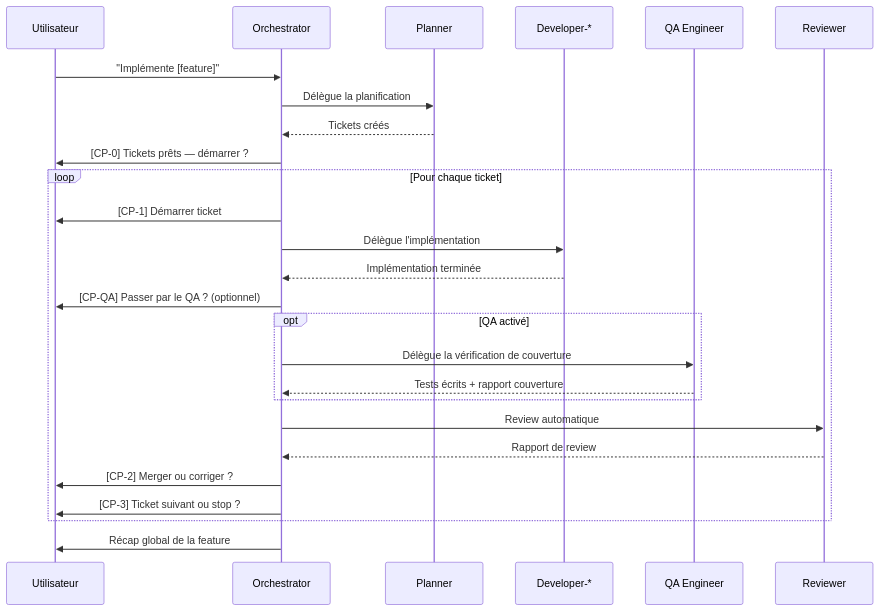
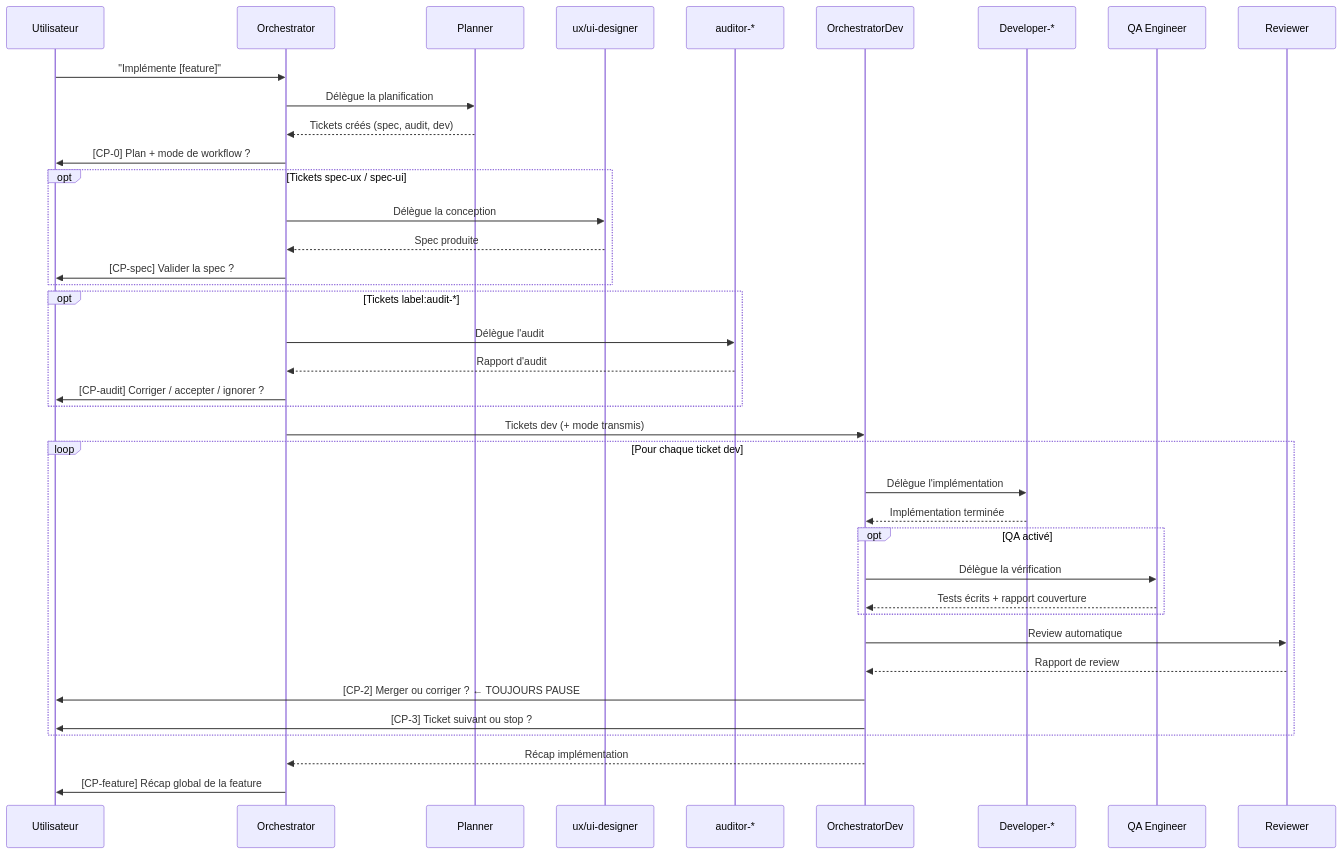
One commit to datichb/opencode-hub changed the second of 3 diagrams in docs/architecture/overview.md. Above: the diagram before and after it, drawn with Mermaid. The commit also changed other lines of this file and 2 other files, not shown here.

Commit message:
docs: mise à jour workflows — architecture deux niveaux, scénarios designers et documentarian, guide de choix d'entrée

````diff
--- a/docs/architecture/overview.md
+++ b/docs/architecture/overview.md
@@ -70,31 +74,46 @@
 ```mermaid
 sequenceDiagram
     participant U as Utilisateur
     participant O as Orchestrator
     participant PL as Planner
+    participant DS as ux/ui-designer
+    participant AU as auditor-*
+    participant OD as OrchestratorDev
     participant DEV as Developer-*
     participant QA as QA Engineer
     participant R as Reviewer
 
     U->>O: "Implémente [feature]"
     O->>PL: Délègue la planification
-    PL-->>O: Tickets créés
-    O->>U: [CP-0] Tickets prêts — démarrer ?
+    PL-->>O: Tickets créés (spec, audit, dev)
+    O->>U: [CP-0] Plan + mode de workflow ?
 
-    loop Pour chaque ticket
-        O->>U: [CP-1] Démarrer ticket #XX ?
-        O->>DEV: Délègue l'implémentation
-        DEV-->>O: Implémentation terminée
-        O->>U: [CP-QA] Passer par le QA ? (optionnel)
-        opt QA activé
-            O->>QA: Délègue la vérification de couverture
-            QA-->>O: Tests écrits + rapport couverture
-        end
-        O->>R: Review automatique
-        R-->>O: Rapport de review
-        O->>U: [CP-2] Merger ou corriger ?
-        O->>U: [CP-3] Ticket suivant ou stop ?
+    opt Tickets spec-ux / spec-ui
+        O->>DS: Délègue la conception
+        DS-->>O: Spec produite
+        O->>U: [CP-spec] Valider la spec ?
     end
 
-    O->>U: Récap global de la feature
+    opt Tickets label:audit-*
+        O->>AU: Délègue l'audit
+        AU-->>O: Rapport d'audit
+        O->>U: [CP-audit] Corriger / accepter / ignorer ?
+    end
+
+    O->>OD: Tickets dev (+ mode transmis)
+    loop Pour chaque ticket dev
+        OD->>DEV: Délègue l'implémentation
+        DEV-->>OD: Implémentation terminée
+        opt QA activé
+            OD->>QA: Délègue la vérification
+            QA-->>OD: Tests écrits + rapport couverture
+        end
+        OD->>R: Review automatique
+        R-->>OD: Rapport de review
+        OD->>U: [CP-2] Merger ou corriger ? ← TOUJOURS PAUSE
+        OD->>U: [CP-3] Ticket suivant ou stop ?
+    end
+    OD-->>O: Récap implémentation
+
+    O->>U: [CP-feature] Récap global de la feature
 ```
````
